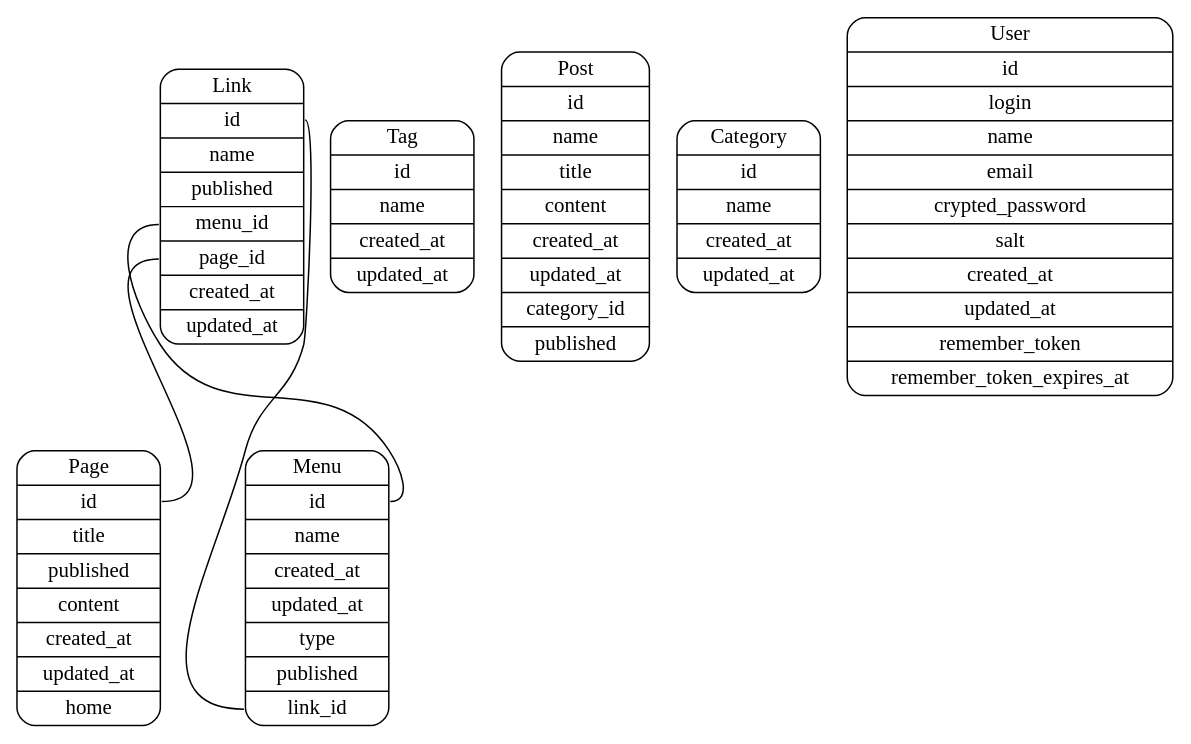
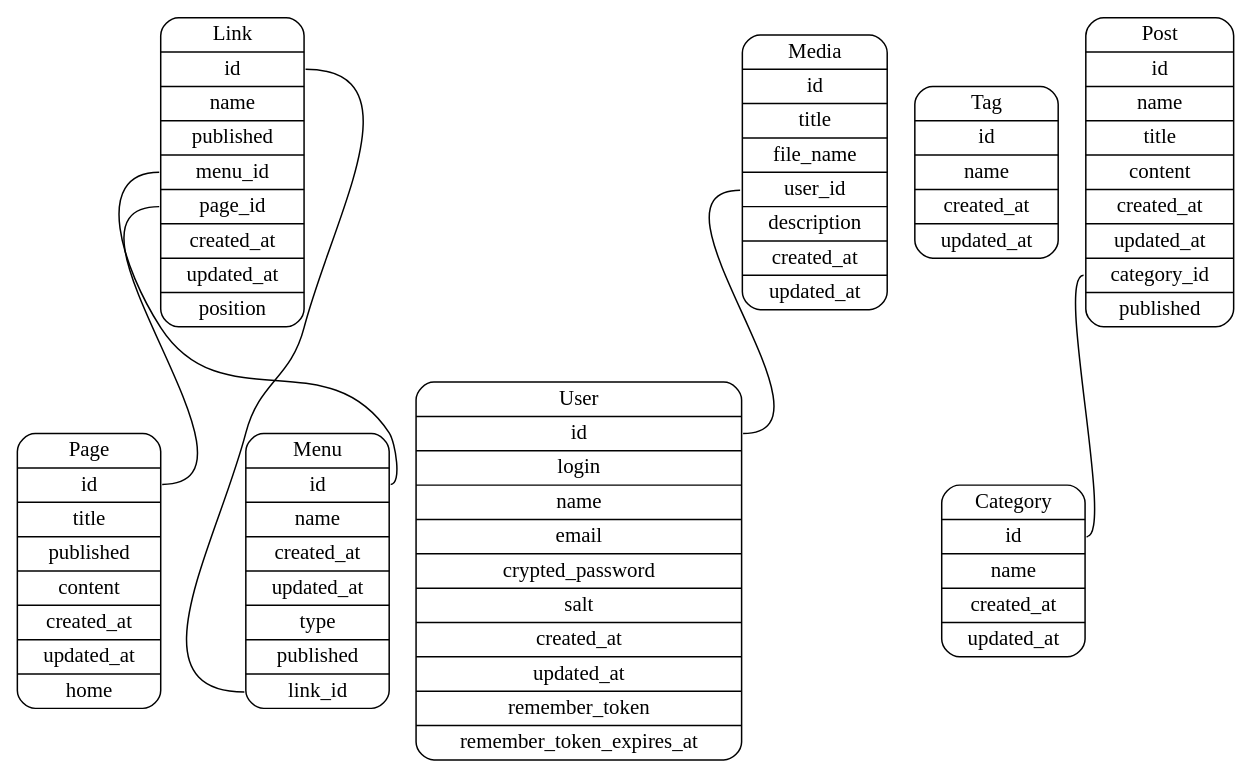
The diagram in torball/database.dot (AnneV/TorballProject), drawn with Graphviz before and after one commit. The commit also changed 28 other files, not shown here.

```diff
--- a/torball/database.dot
+++ b/torball/database.dot
@@ -1,12 +1,15 @@
 graph G {
 node [shape=Mrecord];Page [label="{Page|<id> id|<title> title|<published> published|<content> content|<created_at> created_at|<updated_at> updated_at|<home> home}"];
+Media [label="{Media|<id> id|<title> title|<file_name> file_name|<user_id> user_id|<description> description|<created_at> created_at|<updated_at> updated_at}"];
 Menu [label="{Menu|<id> id|<name> name|<created_at> created_at|<updated_at> updated_at|<type> type|<published> published|<link_id> link_id}"];
 Tag [label="{Tag|<id> id|<name> name|<created_at> created_at|<updated_at> updated_at}"];
 Post [label="{Post|<id> id|<name> name|<title> title|<content> content|<created_at> created_at|<updated_at> updated_at|<category_id> category_id|<published> published}"];
-Link [label="{Link|<id> id|<name> name|<published> published|<menu_id> menu_id|<page_id> page_id|<created_at> created_at|<updated_at> updated_at}"];
+Link [label="{Link|<id> id|<name> name|<published> published|<menu_id> menu_id|<page_id> page_id|<created_at> created_at|<updated_at> updated_at|<position> position}"];
 Category [label="{Category|<id> id|<name> name|<created_at> created_at|<updated_at> updated_at}"];
 User [label="{User|<id> id|<login> login|<name> name|<email> email|<crypted_password> crypted_password|<salt> salt|<created_at> created_at|<updated_at> updated_at|<remember_token> remember_token|<remember_token_expires_at> remember_token_expires_at}"];
+Media:user_id:w -- User:id:e;
 Menu:link_id:w -- Link:id:e;
+Post:category_id:w -- Category:id:e;
 Link:page_id:w -- Page:id:e;
 Link:menu_id:w -- Menu:id:e;
 }
```
